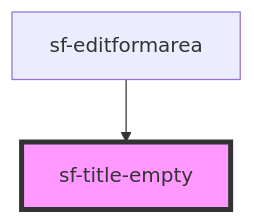
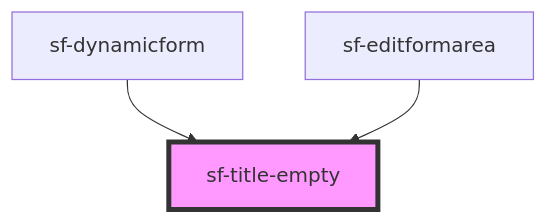
Before and after one commit to pxcemaker/SmartForms: the diagram in fusion-opl/stencil-smartform-on-main/src/components/sf-title-empty/readme.md, drawn with Mermaid. The commit also changed other lines of this file and 2989 other files, not shown here.

````diff
--- a/fusion-opl/stencil-smartform-on-main/src/components/sf-title-empty/readme.md
+++ b/fusion-opl/stencil-smartform-on-main/src/components/sf-title-empty/readme.md
@@ -22,5 +23,6 @@
 ```mermaid
 graph TD;
+  sf-dynamicform --> sf-title-empty
   sf-editformarea --> sf-title-empty
   style sf-title-empty fill:#f9f,stroke:#333,stroke-width:4px
 ```
````
